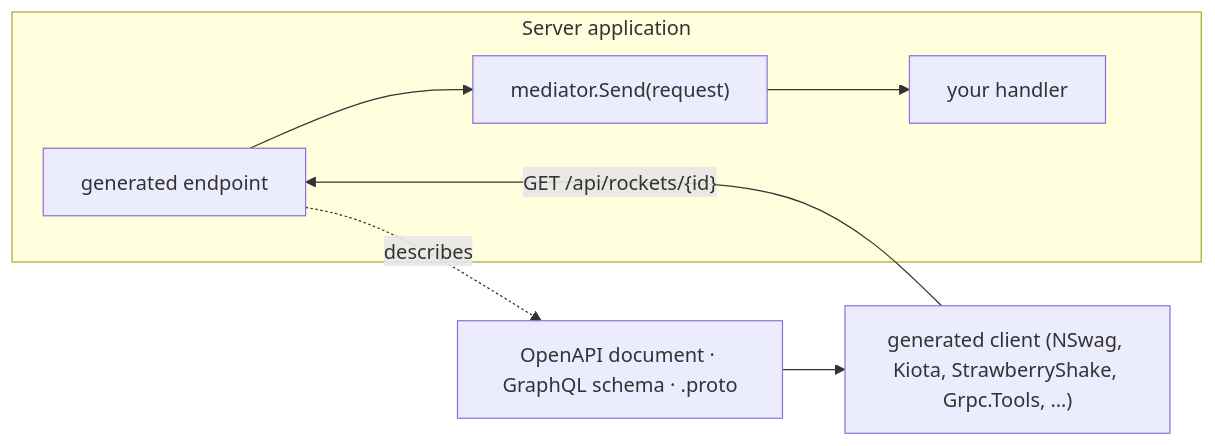
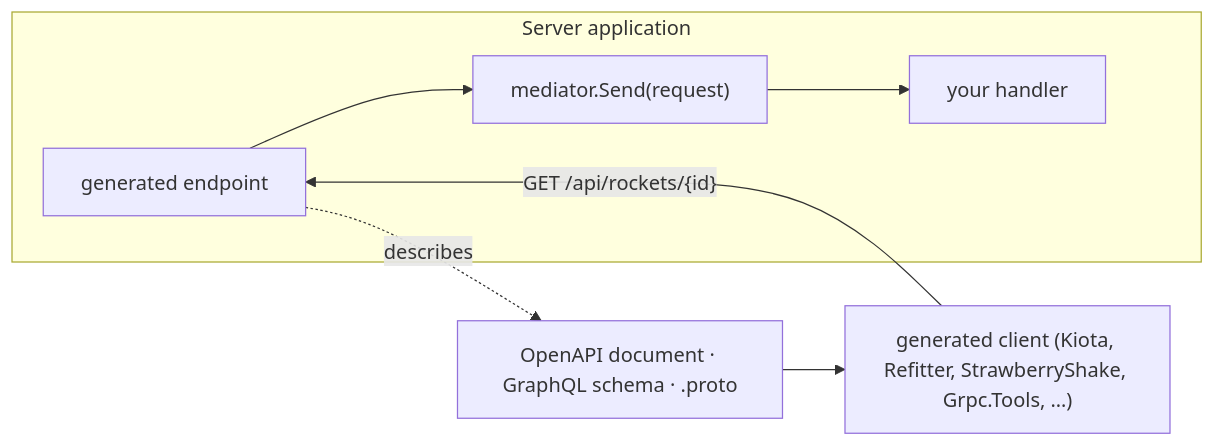
Before and after one commit to RocketSurgeonsGuild/LaunchPad: the diagram in docs/src/content/docs/guides/api-generators.md, drawn with Mermaid. The commit also changed other lines of this file and 91 other files, not shown here.

First line of the commit message:
Dogfood Chirograph's OpenAPI clients: Kiota functional client, Refitter sample tests, NSwag removed (#3264)

````diff
--- a/docs/src/content/docs/guides/api-generators.md
+++ b/docs/src/content/docs/guides/api-generators.md
@@ -10,9 +10,9 @@
 ```mermaid
 flowchart LR
   subgraph Server application
     A[generated endpoint] --> B["mediator.Send(request)"] --> C[your handler]
   end
   A -. describes .-> D["OpenAPI document · GraphQL schema · .proto"]
-  D --> E["generated client (NSwag, Kiota, StrawberryShake, Grpc.Tools, …)"]
+  D --> E["generated client (Kiota, Refitter, StrawberryShake, Grpc.Tools, …)"]
   E -- "GET /api/rockets/{id}" --> A
 ```
````
